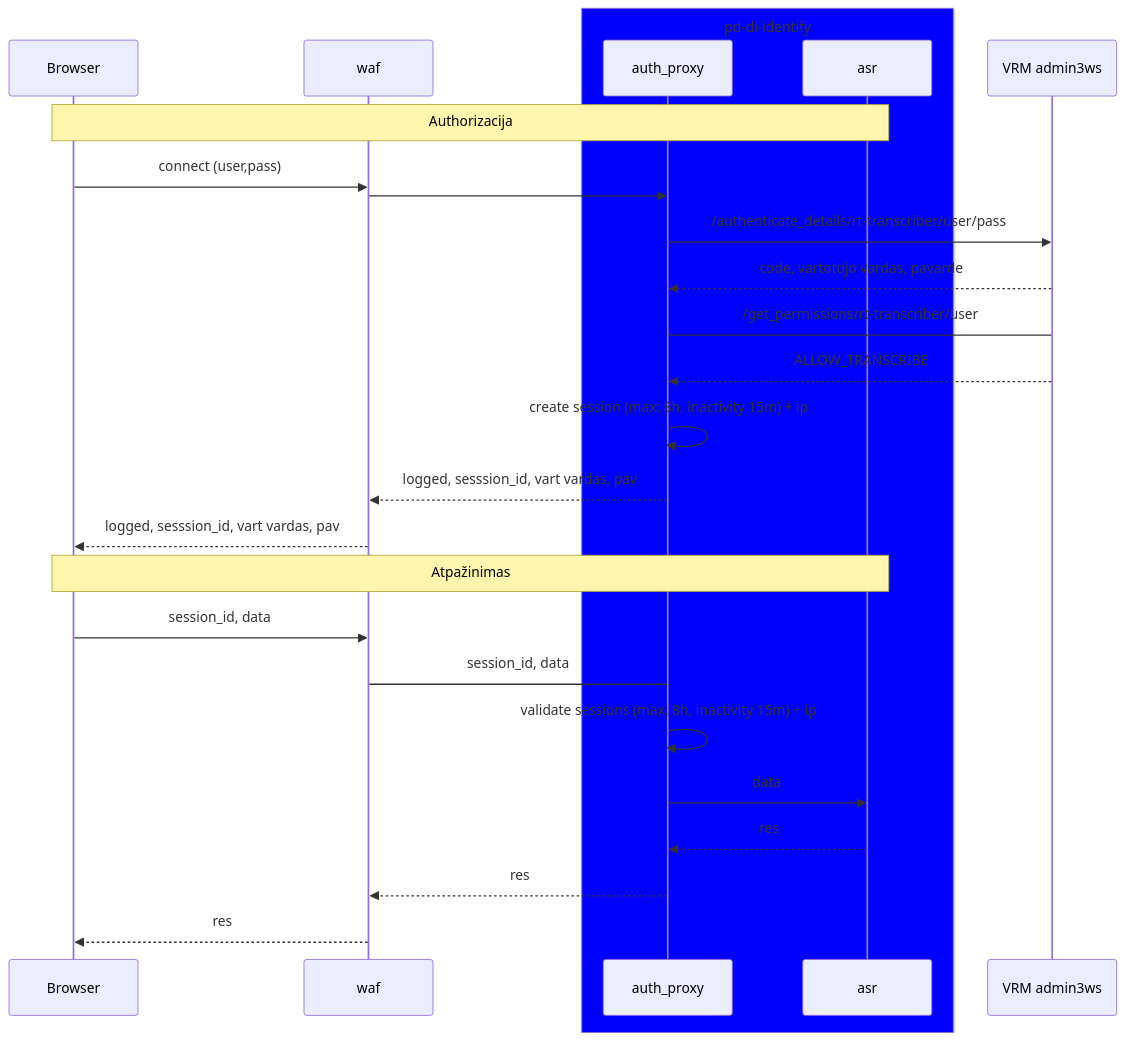
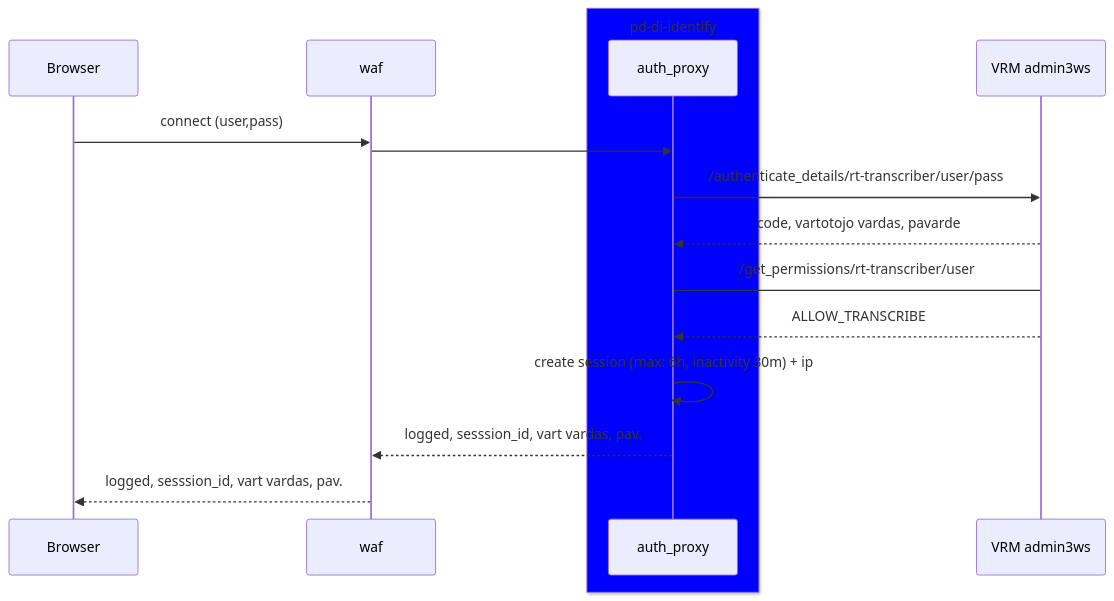
Before and after one commit to airenas/speech-to-data: the first of 2 diagrams in docs/schema.md, drawn with Mermaid. The commit also changed 2 other files, not shown here.

Commit message:
chore: update deployment schema

````diff
--- a/docs/schema.md
+++ b/docs/schema.md
@@ -3,39 +5,23 @@
 ```mermaid
 sequenceDiagram
     participant user as Browser
     participant waf
     box blue pd-di-identify
     participant auth_proxy
 %%    participant redis
-    participant asr
     end
     participant auth as VRM admin3ws
     
-    Note over user,asr: Authorizacija
-
     user->>waf: connect (user,pass)
     waf->>auth_proxy: 
     auth_proxy->> auth: /authenticate_details/rt-transcriber/user/pass
     auth -->> auth_proxy: code, vartotojo vardas, pavarde
     auth_proxy-> auth: /get_permissions/rt-transcriber/user
     auth -->> auth_proxy: ALLOW_TRANSCRIBE
-    auth_proxy->> auth_proxy: create session (max: 8h, inactivity 15m) + ip
+    auth_proxy->> auth_proxy: create session (max: 6h, inactivity 30m) + ip
 %%    auth_proxy->> redis: store encrypted data (key: ip + session_id)
 %%    redis --> auth_proxy: 
-    auth_proxy -->> waf: logged, sesssion_id, vart vardas, pav
-    waf -->> user: logged, sesssion_id, vart vardas, pav
+    auth_proxy -->> waf: logged, sesssion_id, vart vardas, pav.
+    waf -->> user: logged, sesssion_id, vart vardas, pav.
 
-
-    Note over user,asr: Atpažinimas
-    user->>waf: session_id, data
-    waf->auth_proxy: session_id, data
-%%    auth_proxy->> redis: auth_proxy->> redis: get session (key: ip + session_id)
-%%    redis --> auth_proxy: 
-    auth_proxy->> auth_proxy: validate sessions (max: 8h, inactivity 15m) + ip
-%%    auth_proxy->> redis: mark last used time
-%%    redis -->> auth_proxy: 
-    auth_proxy->> asr: data
-    asr -->> auth_proxy: res
-    auth_proxy -->> waf: res
-    waf -->> user: res
 ```    
````
